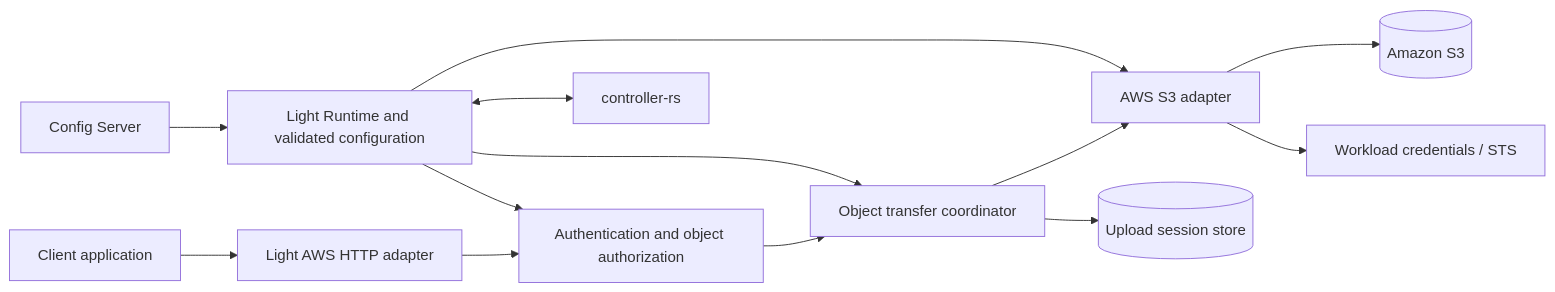
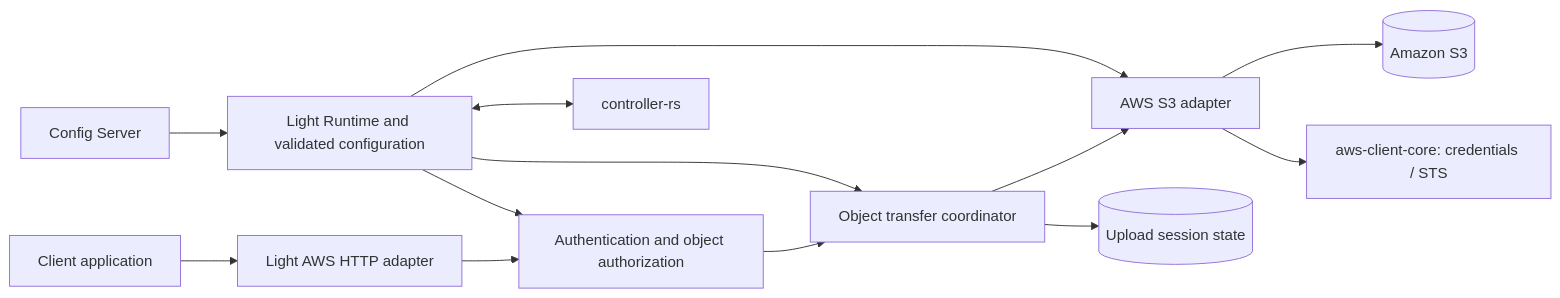
The diagram in docs/src/product/light-aws/design.md (networknt/light-fabric), drawn with Mermaid before and after one commit. The commit also changed other lines of this file and 2 other files, not shown here.

````diff
--- a/docs/src/product/light-aws/design.md
+++ b/docs/src/product/light-aws/design.md
@@ -58,15 +59,15 @@
 ```mermaid
 flowchart LR
     App[Client application] --> HTTP[Light AWS HTTP adapter]
     HTTP --> Policy[Authentication and object authorization]
     Policy --> Transfer[Object transfer coordinator]
     Transfer --> Adapter[AWS S3 adapter]
     Adapter --> S3[(Amazon S3)]
-    Adapter --> Cred[Workload credentials / STS]
+    Adapter --> Cred[aws-client-core: credentials / STS]
     Config[Config Server] --> Runtime[Light Runtime and validated configuration]
     Runtime --> Policy
     Runtime --> Transfer
     Runtime --> Adapter
     Runtime <--> Controller[controller-rs]
-    Transfer --> Sessions[(Upload session store)]
+    Transfer --> Sessions[(Upload session state)]
 ```
````
